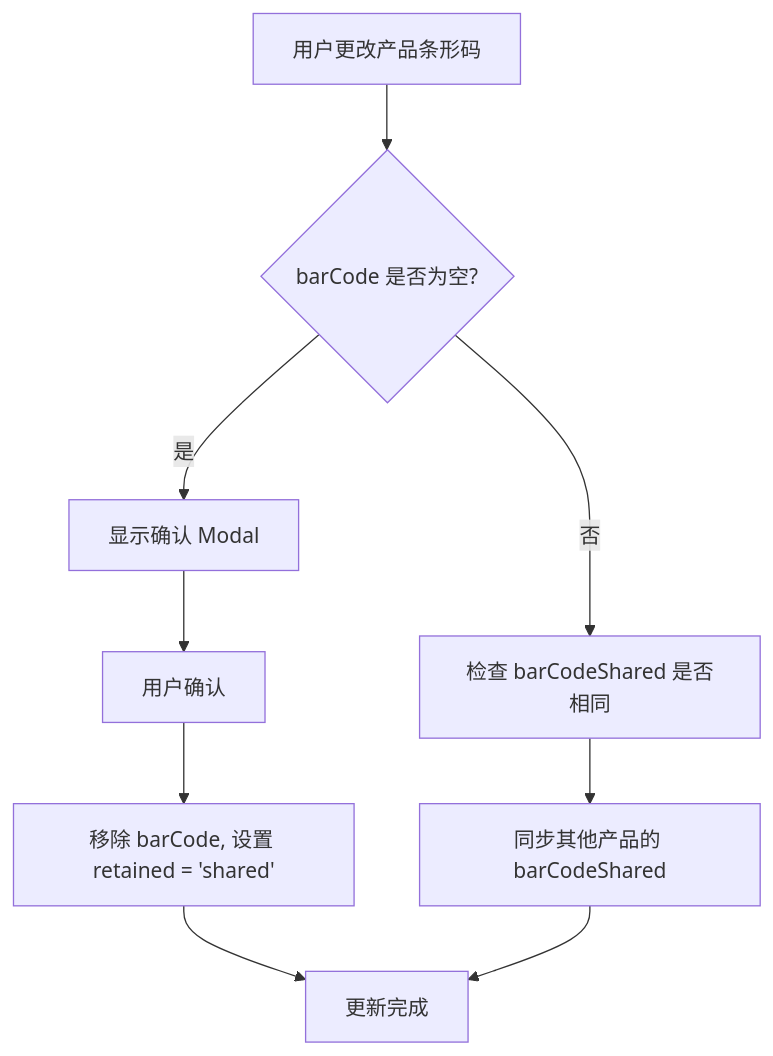
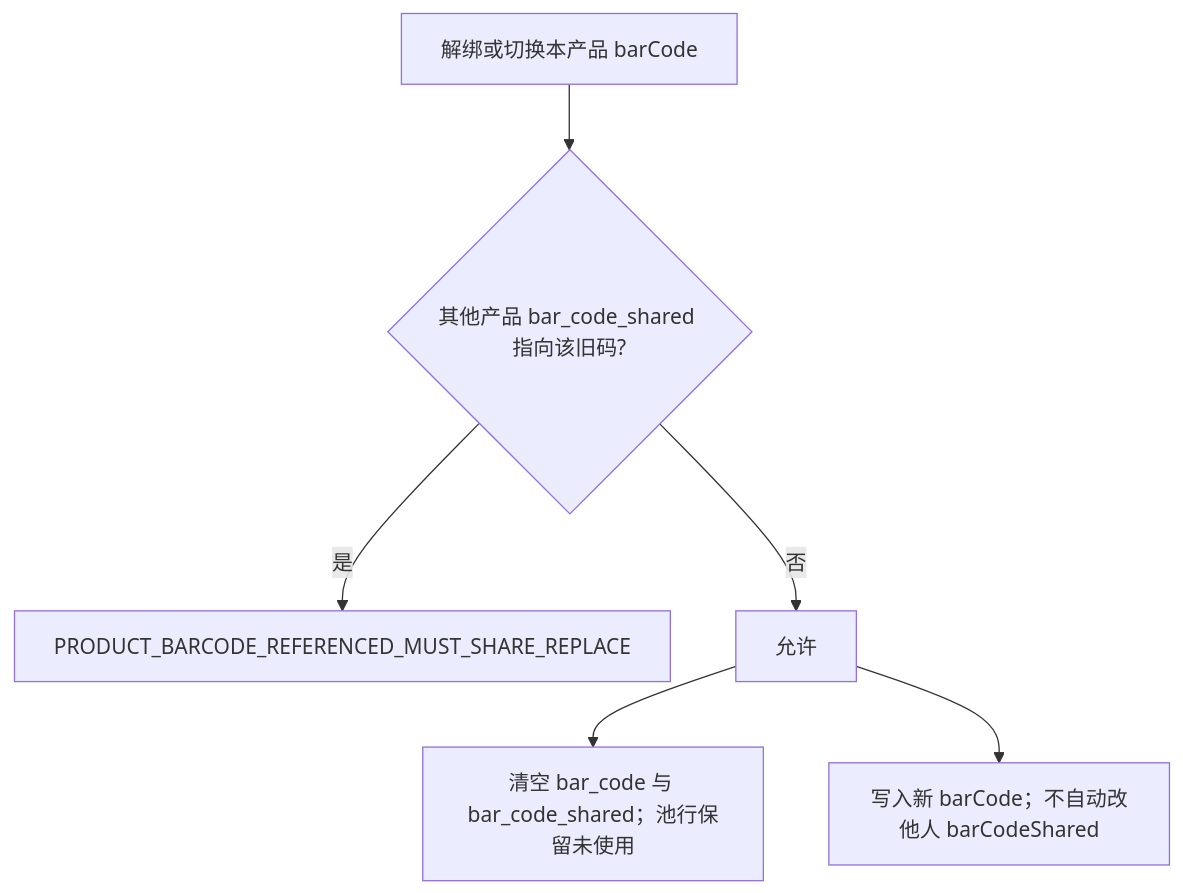
Before and after one commit to lancety/xituan_agent: the diagram in devGuide/BarCode-Management-System.md, drawn with Mermaid. The commit also changed other lines of this file, not shown here.

Commit message:
docs(devGuide): barcode unbind gate and usage audit

````diff
--- a/devGuide/BarCode-Management-System.md
+++ b/devGuide/BarCode-Management-System.md
@@ -235,11 +33,9 @@
 ```mermaid
-graph TD
-    A[用户更改产品条形码] --> B{barCode 是否为空?}
-    B -->|是| C[显示确认 Modal]
-    B -->|否| D[检查 barCodeShared 是否相同]
-    C --> E[用户确认]
-    E --> F[移除 barCode, 设置 retained = 'shared']
-    D --> G[同步其他产品的 barCodeShared]
-    F --> H[更新完成]
-    G --> H
+flowchart TD
+  action[解绑或切换本产品 barCode]
+  action --> refCheck{其他产品 bar_code_shared 指向该旧码?}
+  refCheck -->|是| block[PRODUCT_BARCODE_REFERENCED_MUST_SHARE_REPLACE]
+  refCheck -->|否| ok[允许]
+  ok --> unbindPath[清空 bar_code 与 bar_code_shared；池行保留未使用]
+  ok --> switchPath[写入新 barCode；不自动改他人 barCodeShared]
 ```
````
